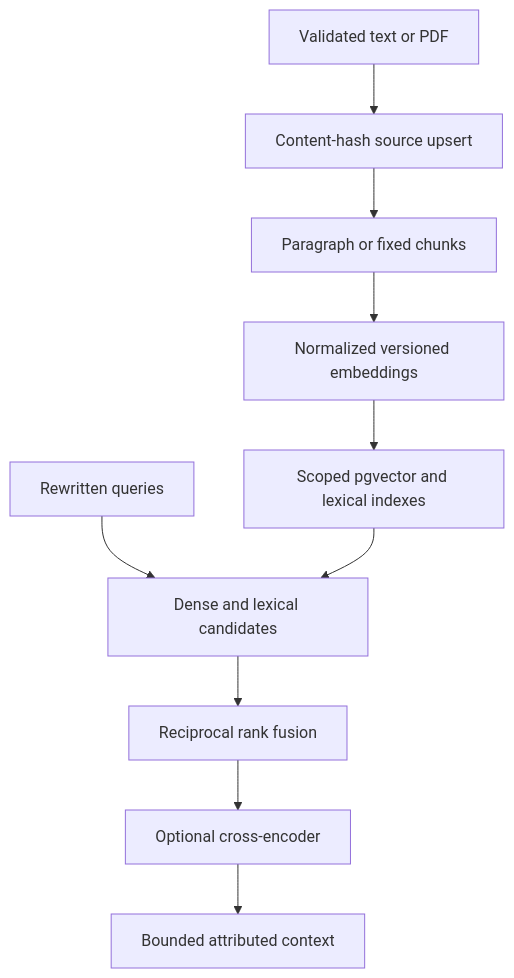
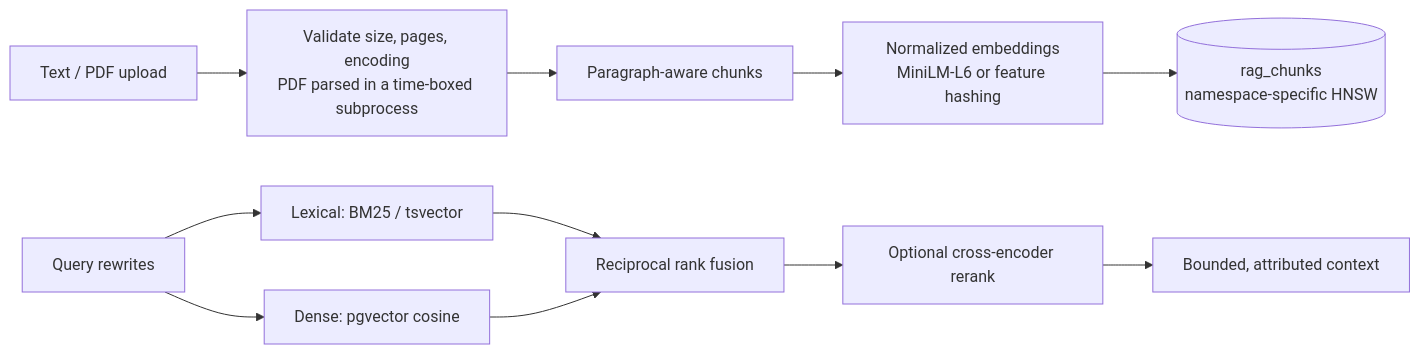
One commit to taksh1205/agentos changed the third of 3 diagrams in docs/ARCHITECTURE.md. Above: the diagram before and after it, drawn with Mermaid. The commit also changed other lines of this file and 550 other files, not shown here.

First line of the commit message:
Restructure evidence and rewrite architecture, evaluation, security and demo docs

````diff
--- a/docs/ARCHITECTURE.md
+++ b/docs/ARCHITECTURE.md
@@ -37,12 +151,13 @@
 ```mermaid
-flowchart TD
-    Input[Validated text or PDF] --> Source[Content-hash source upsert]
-    Source --> Chunk[Paragraph or fixed chunks]
-    Chunk --> Embed[Normalized versioned embeddings]
-    Embed --> Index[Scoped pgvector and lexical indexes]
-    Query[Rewritten queries] --> Candidates[Dense and lexical candidates]
-    Index --> Candidates
-    Candidates --> Fusion[Reciprocal rank fusion]
-    Fusion --> Rerank[Optional cross-encoder]
-    Rerank --> Evidence[Bounded attributed context]
+flowchart LR
+    In[Text / PDF upload] --> V[Validate size, pages, encoding<br/>PDF parsed in a time-boxed subprocess]
+    V --> C[Paragraph-aware chunks]
+    C --> E[Normalized embeddings<br/>MiniLM-L6 or feature hashing]
+    E --> I[(rag_chunks<br/>namespace-specific HNSW)]
+    Q[Query rewrites] --> L[Lexical: BM25 / tsvector]
+    Q --> Dn[Dense: pgvector cosine]
+    L --> F[Reciprocal rank fusion]
+    Dn --> F
+    F --> X[Optional cross-encoder rerank]
+    X --> Ctx[Bounded, attributed context]
 ```
````
